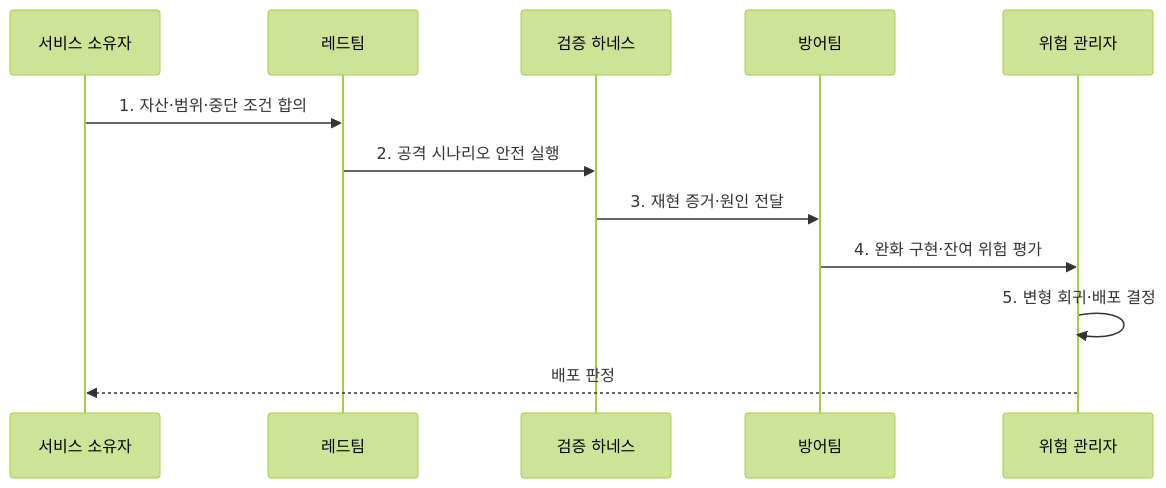
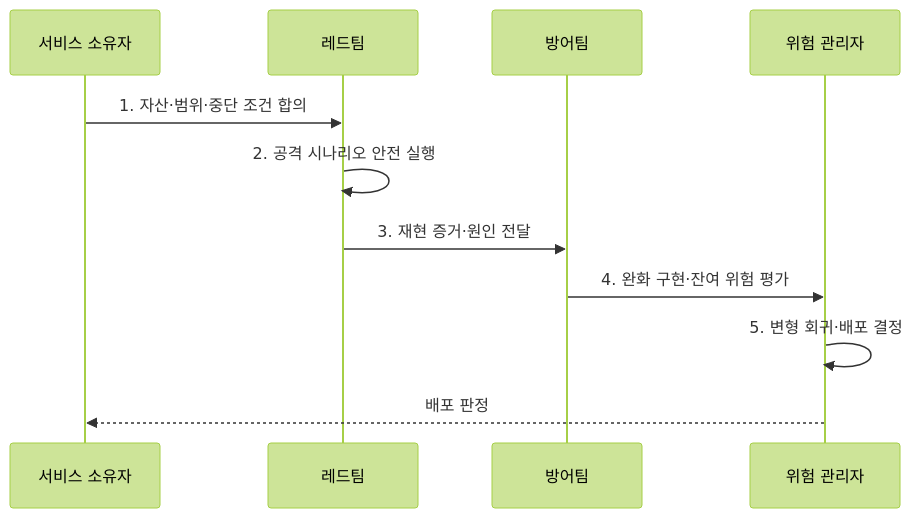
Before and after one commit to agnusdei1207/knowledge-base: the second of 2 diagrams in src/content/docs/notes/05-security/089_ai_red_teaming.md, drawn with Mermaid (forest theme). The commit also changed 9 other files, not shown here.

Commit message:
Simplify AI security sequence actors

````diff
--- a/src/content/docs/notes/05-security/089_ai_red_teaming.md
+++ b/src/content/docs/notes/05-security/089_ai_red_teaming.md
@@ -98,14 +98,13 @@
 ```mermaid
 sequenceDiagram
     participant O as 서비스 소유자
     participant R as 레드팀
-    participant H as 검증 하네스
     participant D as 방어팀
     participant G as 위험 관리자
     O->>R: 1. 자산·범위·중단 조건 합의
-    R->>H: 2. 공격 시나리오 안전 실행
-    H->>D: 3. 재현 증거·원인 전달
+    R->>R: 2. 공격 시나리오 안전 실행
+    R->>D: 3. 재현 증거·원인 전달
     D->>G: 4. 완화 구현·잔여 위험 평가
     G->>G: 5. 변형 회귀·배포 결정
     G-->>O: 배포 판정
 ```
````
